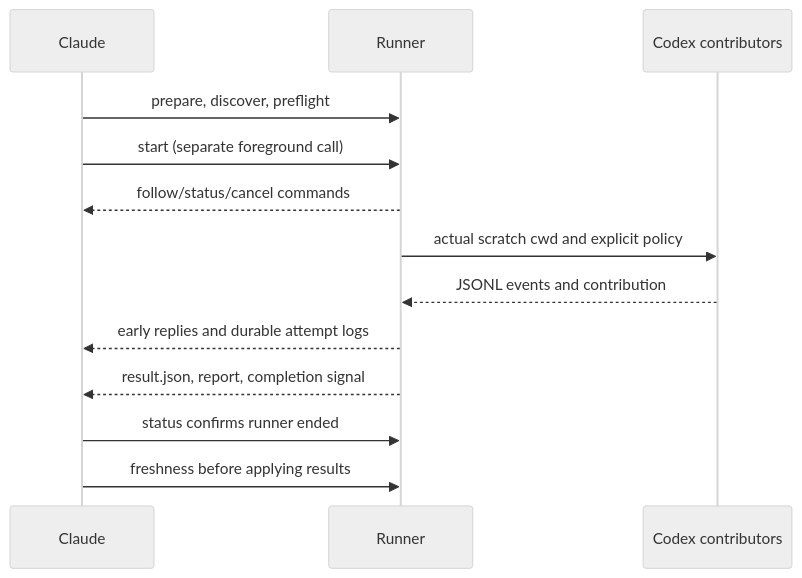
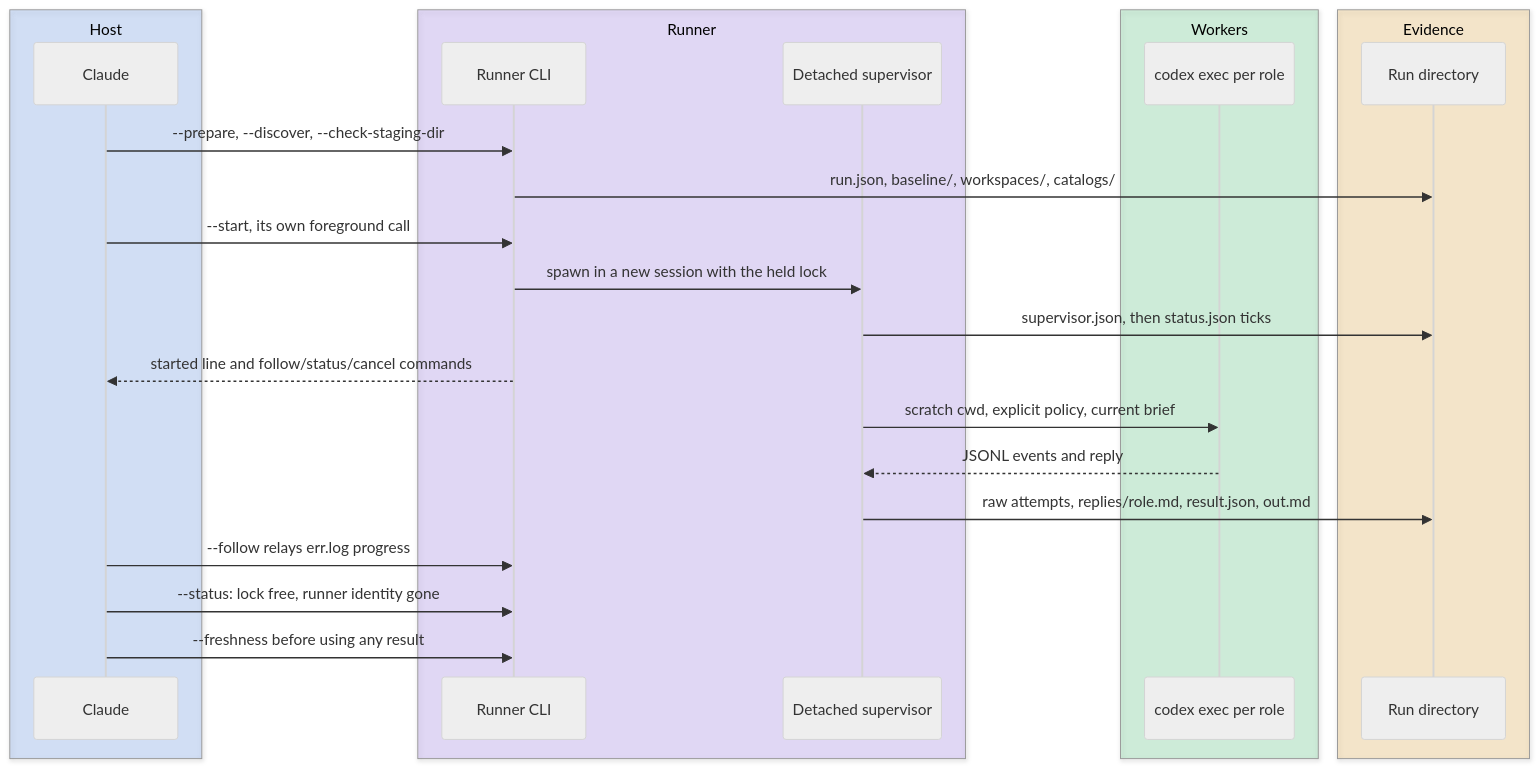
One commit to ehzawad/codex-council changed the third of 4 diagrams in README.md. Above: the diagram before and after it, drawn with Mermaid (neutral theme). The commit also changed other lines of this file and 39 other files, not shown here.

````diff
--- a/README.md
+++ b/README.md
@@ -162,15 +188,28 @@
 ```mermaid
 sequenceDiagram
-    participant C as Claude
-    participant R as Runner
-    participant X as Codex contributors
-    C->>R: prepare, discover, preflight
-    C->>R: start (separate foreground call)
-    R-->>C: follow/status/cancel commands
-    R->>X: actual scratch cwd and explicit policy
-    X-->>R: JSONL events and contribution
-    R-->>C: early replies and durable attempt logs
-    R-->>C: result.json, report, completion signal
-    C->>R: status confirms runner ended
-    C->>R: freshness before applying results
+    box rgba(59,130,246,0.18) Host
+        participant C as Claude
+    end
+    box rgba(139,92,246,0.18) Runner
+        participant R as Runner CLI
+        participant S as Detached supervisor
+    end
+    box rgba(34,197,94,0.18) Workers
+        participant X as codex exec per role
+    end
+    box rgba(245,158,11,0.18) Evidence
+        participant D as Run directory
+    end
+    C->>R: --prepare, --discover, --check-staging-dir
+    R->>D: run.json, baseline/, workspaces/, catalogs/
+    C->>R: --start, its own foreground call
+    R->>S: spawn in a new session with the held lock
+    S->>D: supervisor.json, then status.json ticks
+    R-->>C: started line and follow/status/cancel commands
+    S->>X: scratch cwd, explicit policy, current brief
+    X-->>S: JSONL events and reply
+    S->>D: raw attempts, replies/role.md, result.json, out.md
+    C->>R: --follow relays err.log progress
+    C->>R: --status: lock free, runner identity gone
+    C->>R: --freshness before using any result
 ```
````
